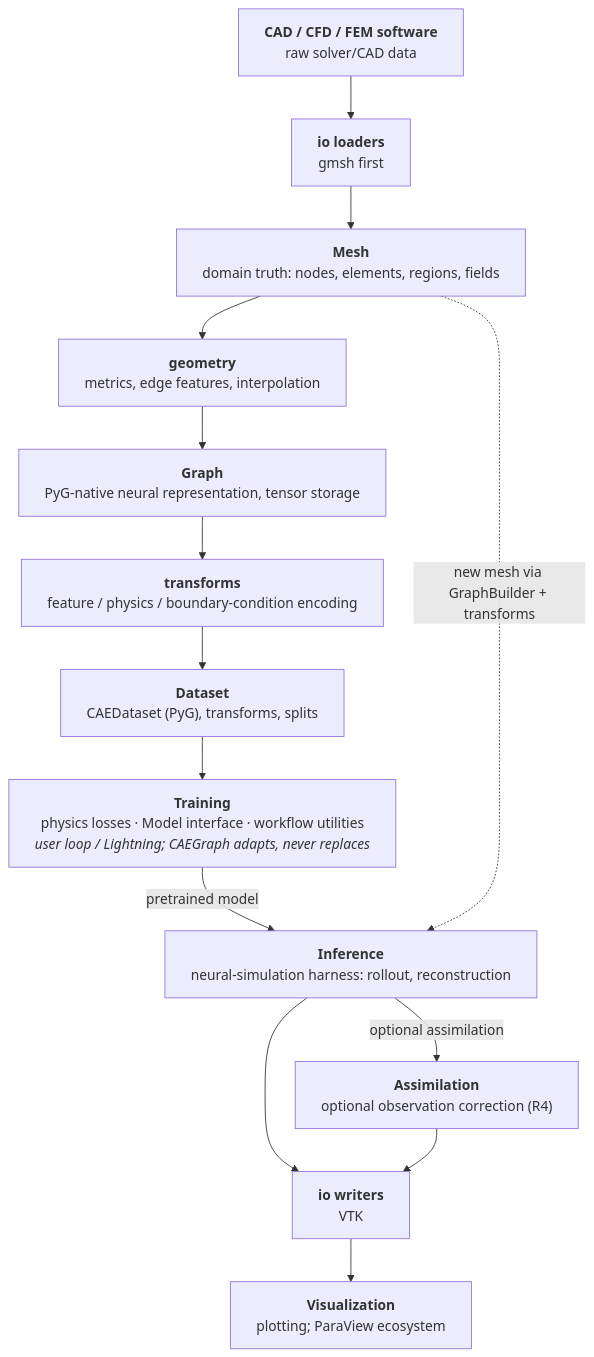
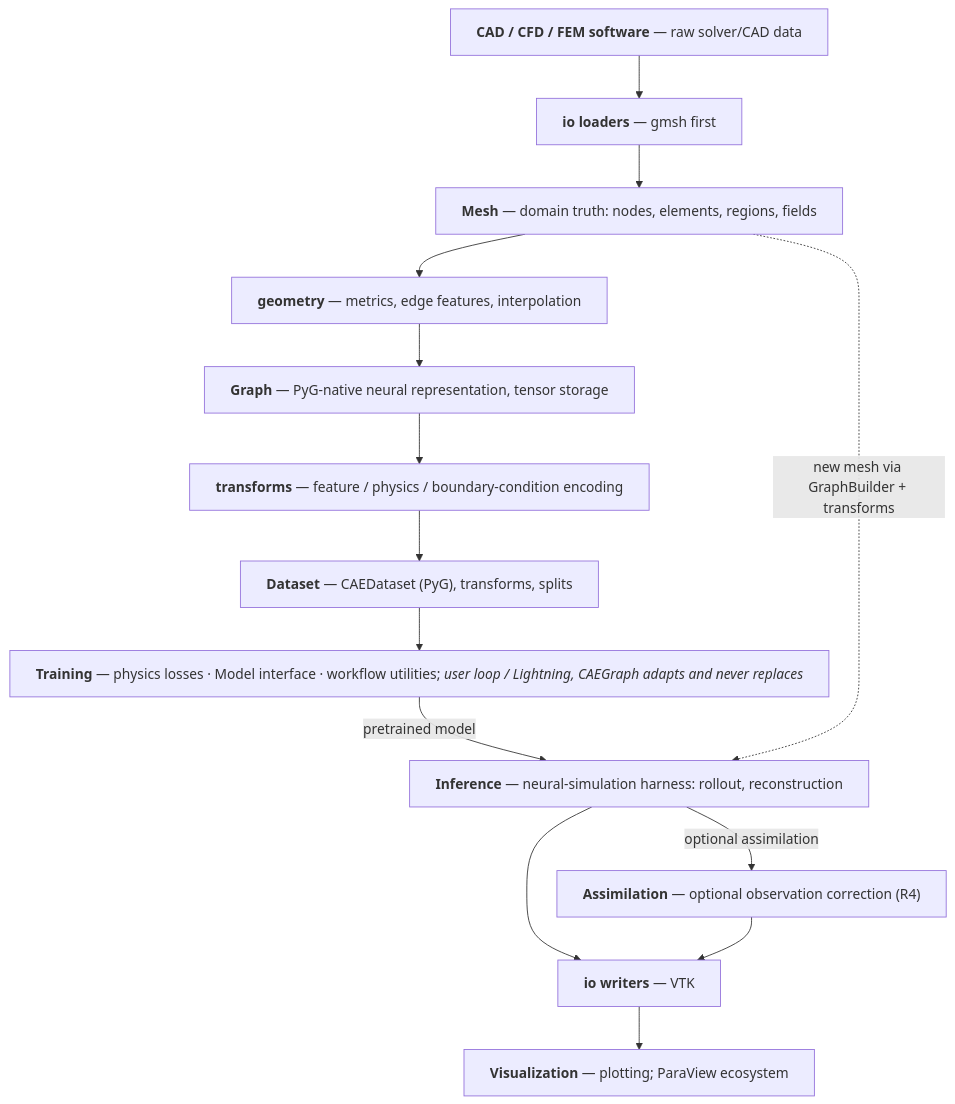
One commit to XYChouMian/caegraph changed the second of 4 diagrams in architecture/ARCHITECTURE.md. Above: the diagram before and after it, drawn with Mermaid. The commit also changed other lines of this file and 7 other files, not shown here.

Commit message:
docs(mermaid): compact vertical flow labels

````diff
--- a/architecture/ARCHITECTURE.md
+++ b/architecture/ARCHITECTURE.md
@@ -103,25 +103,25 @@
 ```mermaid
 flowchart TD
     classDef nowrap white-space:nowrap
 
-    A["<b>CAD / CFD / FEM software</b><br>raw solver/CAD data"]
-    B["<b>io loaders</b><br>gmsh first"]
-    C["<b>Mesh</b><br>domain truth: nodes, elements, regions, fields"]
-    D["<b>geometry</b><br>metrics, edge features, interpolation"]
-    E["<b>Graph</b><br>PyG-native neural representation, tensor storage"]
-    F["<b>transforms</b><br>feature / physics / boundary-condition encoding"]
-    G["<b>Dataset</b><br>CAEDataset (PyG), transforms, splits"]
-    H["<b>Training</b><br>physics losses · Model interface · workflow utilities<br><i>user loop / Lightning; CAEGraph adapts, never replaces</i>"]
-    I["<b>Inference</b><br>neural-simulation harness: rollout, reconstruction"]
-    J["<b>Assimilation</b><br>optional observation correction (R4)"]
-    K["<b>io writers</b><br>VTK"]
-    L["<b>Visualization</b><br>plotting; ParaView ecosystem"]
+    A["<b>CAD / CFD / FEM software</b> — raw solver/CAD data"]
+    B["<b>io loaders</b> — gmsh first"]
+    C["<b>Mesh</b> — domain truth: nodes, elements, regions, fields"]
+    D["<b>geometry</b> — metrics, edge features, interpolation"]
+    E["<b>Graph</b> — PyG-native neural representation, tensor storage"]
+    F["<b>transforms</b> — feature / physics / boundary-condition encoding"]
+    G["<b>Dataset</b> — CAEDataset (PyG), transforms, splits"]
+    H["<b>Training</b> — physics losses · Model interface · workflow utilities; <i>user loop / Lightning, CAEGraph adapts and never replaces</i>"]
+    I["<b>Inference</b> — neural-simulation harness: rollout, reconstruction"]
+    J["<b>Assimilation</b> — optional observation correction (R4)"]
+    K["<b>io writers</b> — VTK"]
+    L["<b>Visualization</b> — plotting; ParaView ecosystem"]
 
     A --> B --> C --> D --> E --> F --> G --> H
     H -->|"pretrained model"| I
     C -.->|"new mesh via GraphBuilder + transforms"| I
     I --> K --> L
     I -->|"optional assimilation"| J --> K
 
     class A,B,C,D,E,F,G,H,I,J,K,L nowrap
 ```
````
